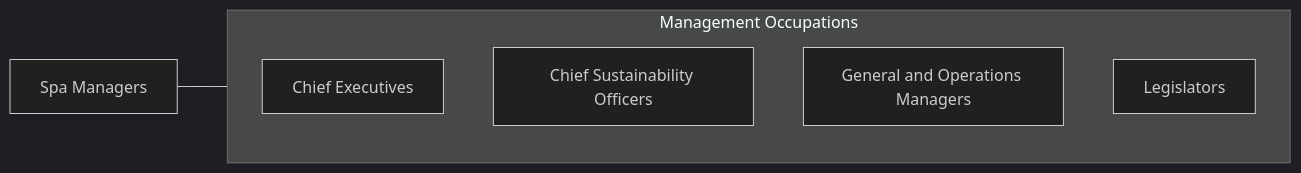
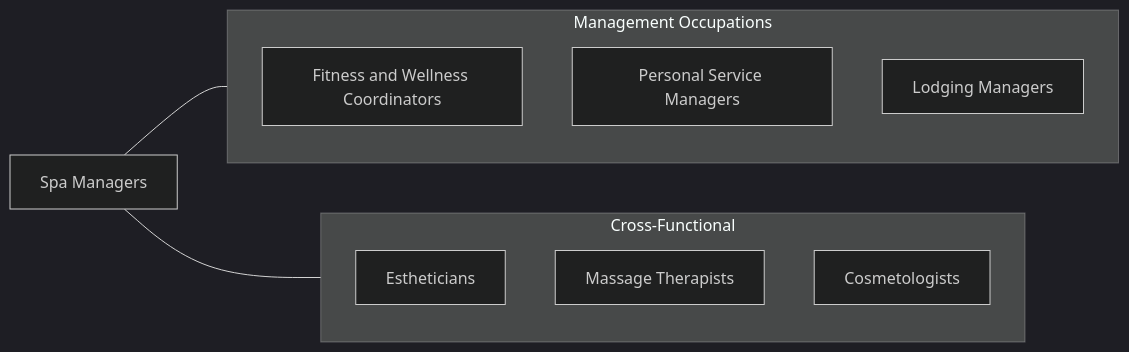
Before and after one commit to kziemski/business.org.ai: the fourth of 4 diagrams in occupations/Management/SpaManagers.mdx, drawn with Mermaid (dark theme). The commit also changed other lines of this file and 938 other files, not shown here.

````diff
--- a/occupations/Management/SpaManagers.mdx
+++ b/occupations/Management/SpaManagers.mdx
@@ -106,13 +156,19 @@
 ```mermaid
 graph LR
-    Current["Spa Managers"]
+    SM["Spa Managers"]
 
     subgraph SameCategory["Management Occupations"]
-        ChiefExecutives["Chief Executives"]
-        ChiefSustainabilityO["Chief Sustainability Officers"]
-        GeneralAndOperations["General and Operations Managers"]
-        Legislators["Legislators"]
+        FWC["Fitness and Wellness Coordinators"]
+        PSM["Personal Service Managers"]
+        LM["Lodging Managers"]
     end
 
-    Current --- SameCategory
+    subgraph CrossFunctional["Cross-Functional"]
+        Esth["Estheticians"]
+        MT["Massage Therapists"]
+        Cosm["Cosmetologists"]
+    end
+
+    SM --- SameCategory
+    SM --- CrossFunctional
 ```
````
